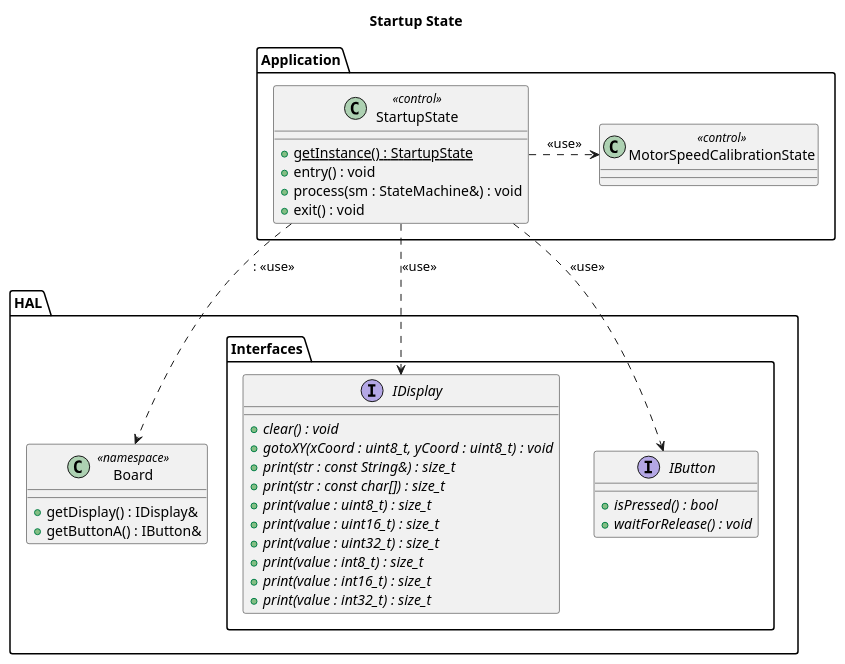
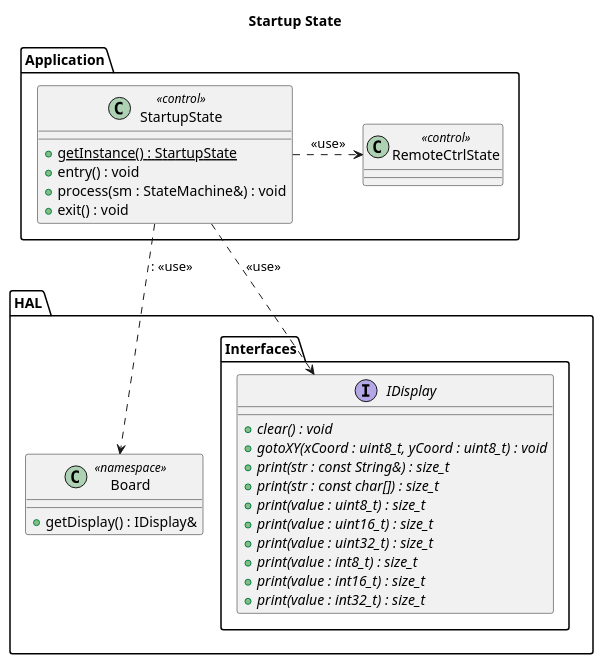
The diagram in doc/architecture/uml/LogicalView/RemoteControl/StartupState.plantuml (BlueAndi/RadonUlzer), drawn with PlantUML before and after one commit. The commit also changed 11 other files, not shown here.

Commit message:
Remote control application architecture updated.

```diff
--- a/doc/architecture/uml/LogicalView/RemoteControl/StartupState.plantuml
+++ b/doc/architecture/uml/LogicalView/RemoteControl/StartupState.plantuml
@@ -1,51 +1,44 @@
 @startuml RemoteControl StartupState
 
 title Startup State
 
 package "Application" as appLayer {
 
     class StartupState <<control>> {
         + {static} getInstance() : StartupState
         + entry() : void
         + process(sm : StateMachine&) : void
         + exit() : void
     }
 
-    class MotorSpeedCalibrationState <<control>>
+    class RemoteCtrlState <<control>>
 
-    StartupState .r.> MotorSpeedCalibrationState: <<use>>
+    StartupState .r.> RemoteCtrlState: <<use>>
 }
 
 package "HAL" as hal {
 
     package "Interfaces" as halInterfaces {
         interface IDisplay {
             + {abstract} clear() : void
             + {abstract} gotoXY(xCoord : uint8_t, yCoord : uint8_t) : void
             + {abstract} print(str : const String&) : size_t
             + {abstract} print(str : const char[]) : size_t
             + {abstract} print(value : uint8_t) : size_t
             + {abstract} print(value : uint16_t) : size_t
             + {abstract} print(value : uint32_t) : size_t
             + {abstract} print(value : int8_t) : size_t
             + {abstract} print(value : int16_t) : size_t
             + {abstract} print(value : int32_t) : size_t
         }
-
-        interface IButton {
-            + {abstract} isPressed() : bool
-            + {abstract} waitForRelease() : void
-        }
     }
 
     class Board << namespace >> {
         + getDisplay() : IDisplay&
-        + getButtonA() : IButton&
     }
 }
 
 StartupState ..> IDisplay: <<use>>
-StartupState ..> IButton: <<use>>
 StartupState ..> Board:: <<use>>
 
 @enduml
```
